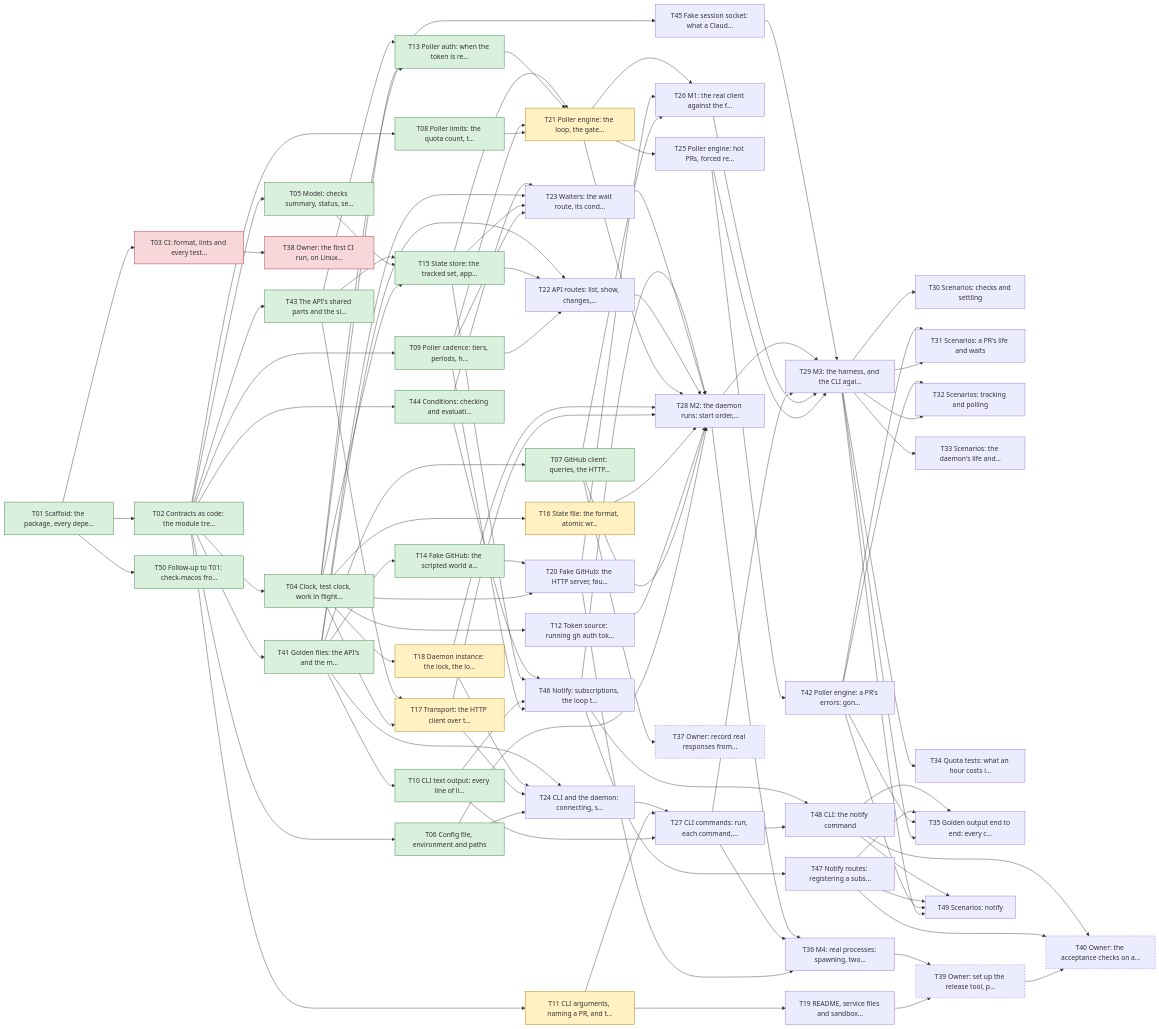
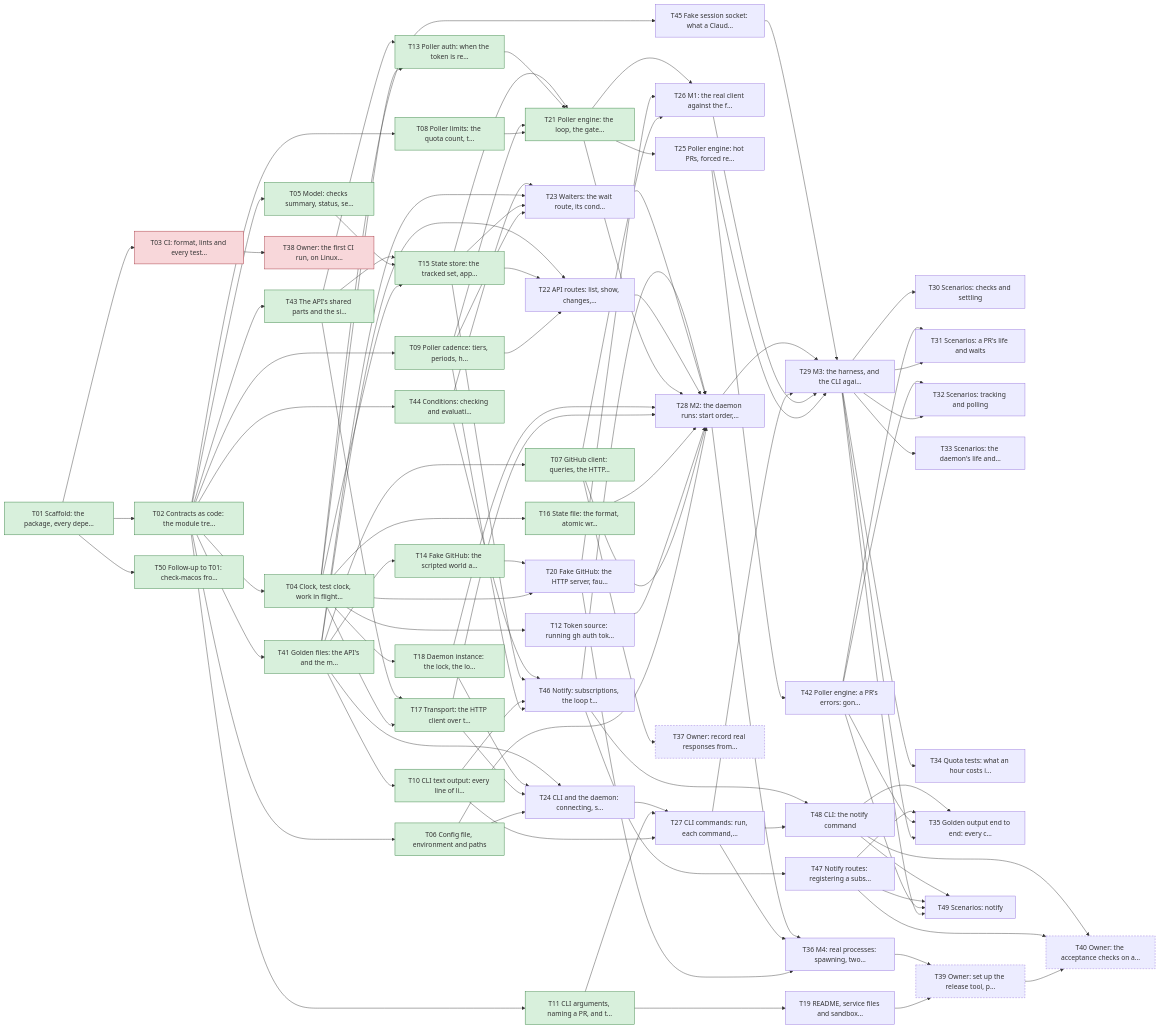
Before and after one commit to yachiko/circitor: the diagram in plan/README.md, drawn with Mermaid. The commit also changed other lines of this file and 6 other files, not shown here.

```diff
--- a/plan/README.md
+++ b/plan/README.md
@@ -147,17 +147,17 @@
   T08["T08 Poller limits: the quota count, t…"]:::done
   T09["T09 Poller cadence: tiers, periods, h…"]:::done
   T10["T10 CLI text output: every line of li…"]:::done
-  T11["T11 CLI arguments, naming a PR, and t…"]:::active
+  T11["T11 CLI arguments, naming a PR, and t…"]:::done
   T12["T12 Token source: running gh auth tok…"]
   T13["T13 Poller auth: when the token is re…"]:::done
   T14["T14 Fake GitHub: the scripted world a…"]:::done
   T15["T15 State store: the tracked set, app…"]:::done
-  T16["T16 State file: the format, atomic wr…"]:::active
-  T17["T17 Transport: the HTTP client over t…"]:::active
-  T18["T18 Daemon instance: the lock, the lo…"]:::active
+  T16["T16 State file: the format, atomic wr…"]:::done
+  T17["T17 Transport: the HTTP client over t…"]:::done
+  T18["T18 Daemon instance: the lock, the lo…"]:::done
   T19["T19 README, service files and sandbox…"]
   T20["T20 Fake GitHub: the HTTP server, fau…"]
-  T21["T21 Poller engine: the loop, the gate…"]:::active
+  T21["T21 Poller engine: the loop, the gate…"]:::done
   T22["T22 API routes: list, show, changes,…"]
   T23["T23 Waiters: the wait route, its cond…"]
   T24["T24 CLI and the daemon: connecting, s…"]
```
